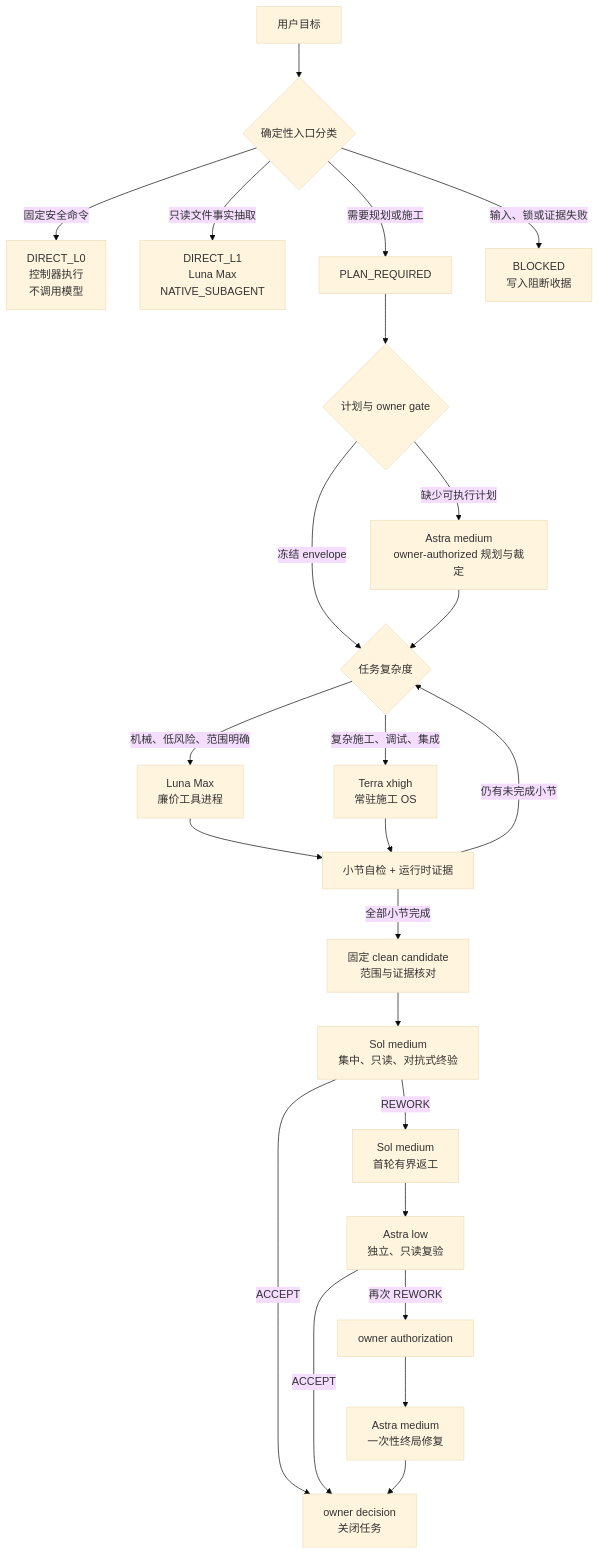
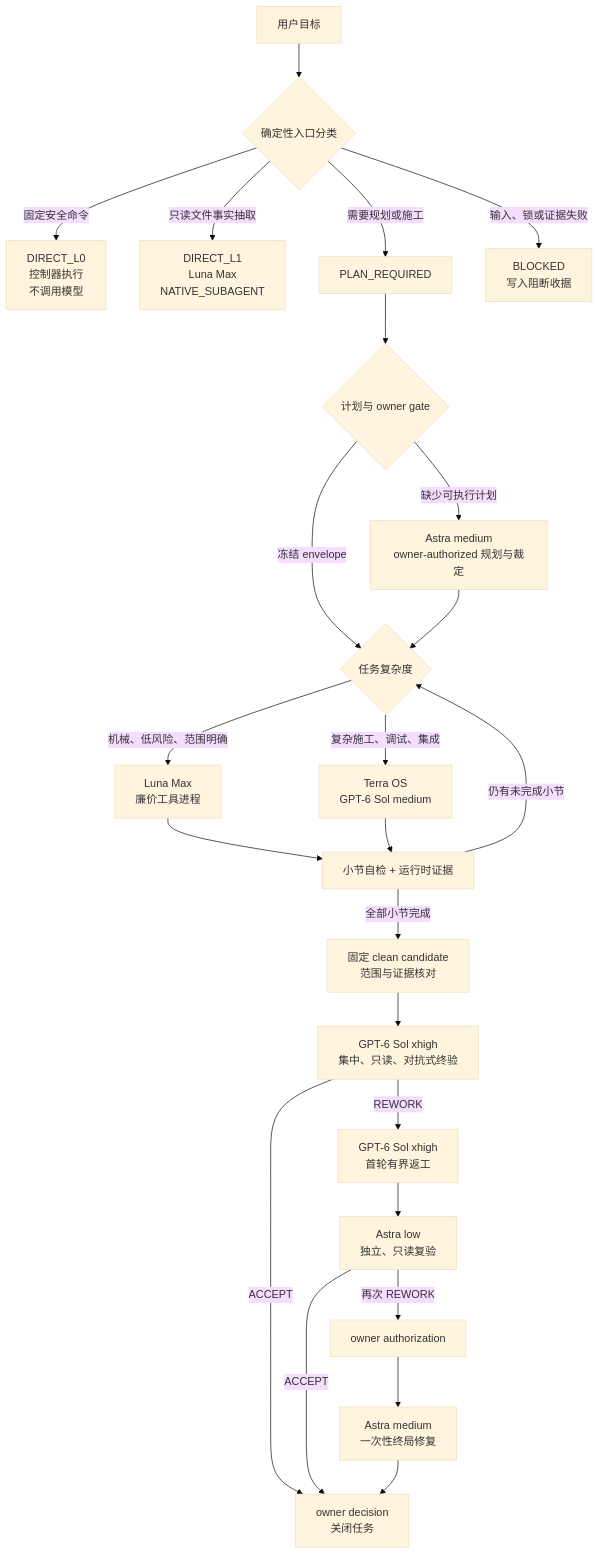
Before and after one commit to New2taste/codex-team: the first of 2 diagrams in README.md, drawn with Mermaid (base theme). The commit also changed other lines of this file and 39 other files, not shown here.

````diff
--- a/README.md
+++ b/README.md
@@ -42,27 +44,27 @@
 ```mermaid
 flowchart TD
     A[用户目标] --> B{确定性入口分类}
     B -->|固定安全命令| C[DIRECT_L0<br/>控制器执行<br/>不调用模型]
     B -->|只读文件事实抽取| D[DIRECT_L1<br/>Luna Max<br/>NATIVE_SUBAGENT]
     B -->|需要规划或施工| E[PLAN_REQUIRED]
     B -->|输入、锁或证据失败| X[BLOCKED<br/>写入阻断收据]
 
     E --> F{计划与 owner gate}
     F -->|缺少可执行计划| G[Astra medium<br/>owner-authorized 规划与裁定]
     F -->|冻结 envelope| H{任务复杂度}
     G --> H
     H -->|机械、低风险、范围明确| I[Luna Max<br/>廉价工具进程]
-    H -->|复杂施工、调试、集成| J[Terra xhigh<br/>常驻施工 OS]
+    H -->|复杂施工、调试、集成| J[Terra OS<br/>GPT-6 Sol medium]
     I --> K[小节自检 + 运行时证据]
     J --> K
     K -->|仍有未完成小节| H
     K -->|全部小节完成| L[固定 clean candidate<br/>范围与证据核对]
-    L --> M[Sol medium<br/>集中、只读、对抗式终验]
+    L --> M[GPT-6 Sol xhigh<br/>集中、只读、对抗式终验]
     M -->|ACCEPT| N[owner decision<br/>关闭任务]
-    M -->|REWORK| O[Sol medium<br/>首轮有界返工]
+    M -->|REWORK| O[GPT-6 Sol xhigh<br/>首轮有界返工]
     O --> P[Astra low<br/>独立、只读复验]
     P -->|ACCEPT| N
     P -->|再次 REWORK| Q[owner authorization]
     Q --> R[Astra medium<br/>一次性终局修复]
     R --> N
 ```
````
